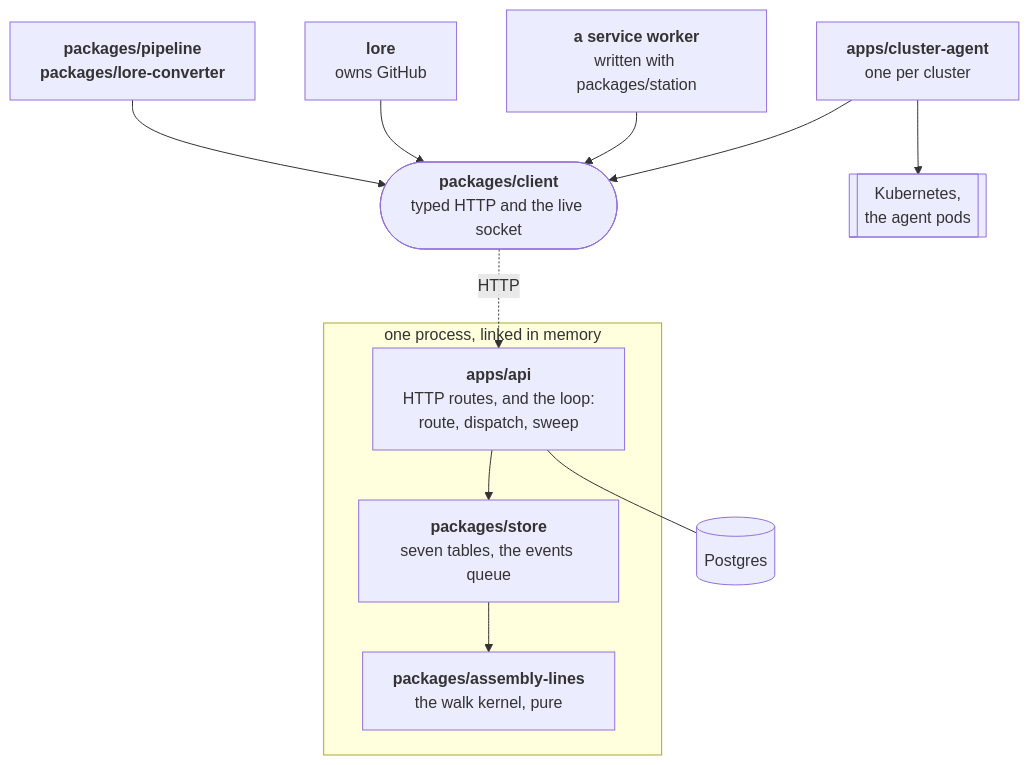
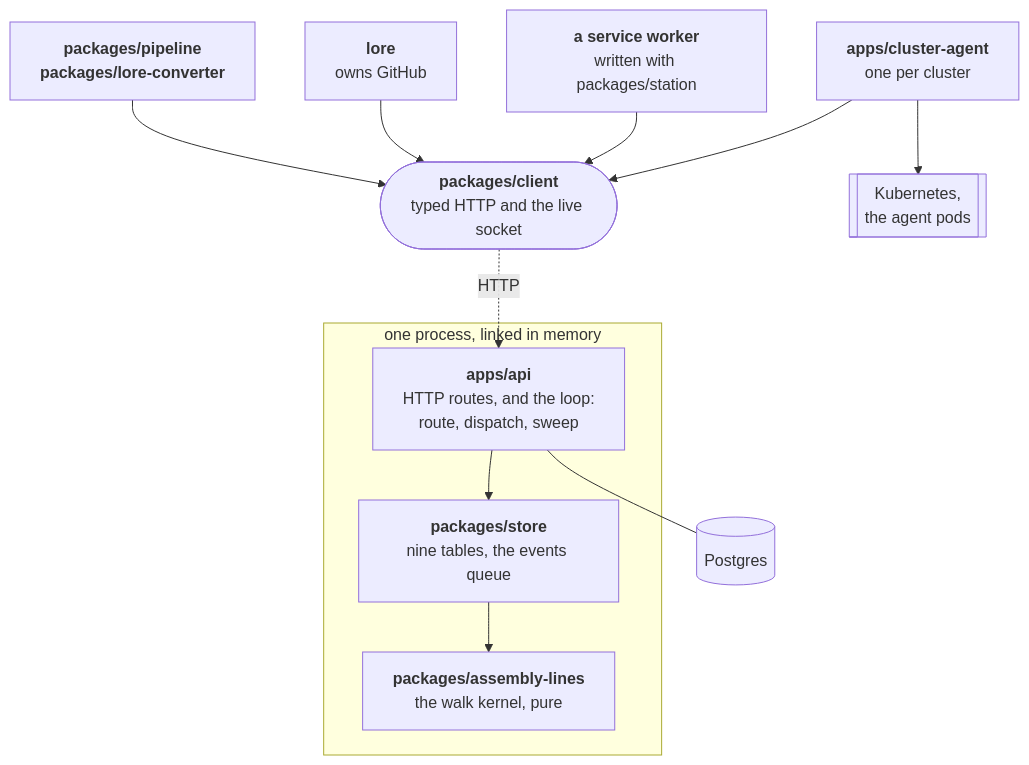
One commit to re-cinq/floor changed the first of 2 diagrams in README.md. Above: the diagram before and after it, drawn with Mermaid. The commit also changed other lines of this file and 33 other files, not shown here.

````diff
--- a/README.md
+++ b/README.md
@@ -31,26 +22,26 @@
 ```mermaid
 flowchart TB
     subgraph inside["one process, linked in memory"]
         api["<b>apps/api</b><br/>HTTP routes, and the loop:<br/>route, dispatch, sweep"]
-        store["<b>packages/store</b><br/>seven tables, the events queue"]
+        store["<b>packages/store</b><br/>nine tables, the events queue"]
         kernel["<b>packages/assembly-lines</b><br/>the walk kernel, pure"]
         api --> store --> kernel
     end
 
     pg[("Postgres")]
     api --- pg
 
     cluster["<b>apps/cluster-agent</b><br/>one per cluster"]
     worker["<b>a service worker</b><br/>written with packages/station"]
     lore["<b>lore</b><br/>owns GitHub"]
     tools["<b>packages/pipeline</b><br/><b>packages/lore-converter</b>"]
     client(["<b>packages/client</b><br/>typed HTTP and the live socket"])
     k8s[["Kubernetes,<br/>the agent pods"]]
 
     cluster --> client
     worker --> client
     lore --> client
     tools --> client
     client -. HTTP .-> api
     cluster --> k8s
 ```
````
